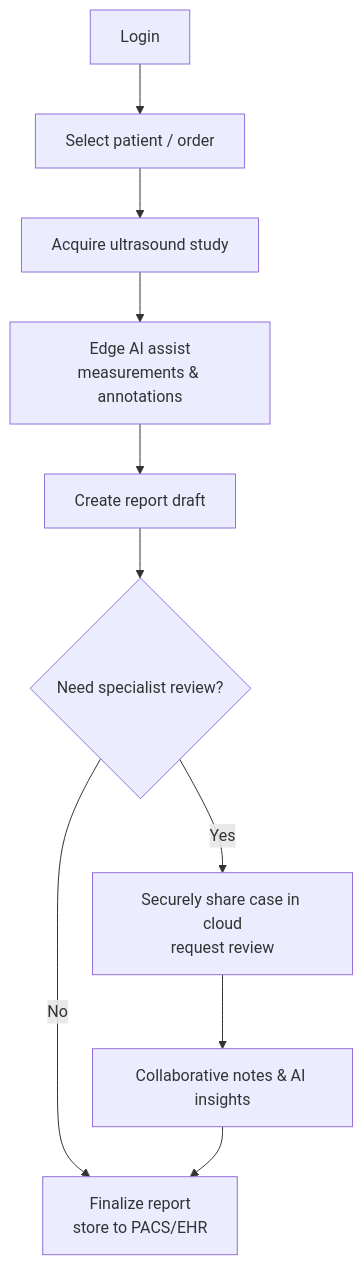
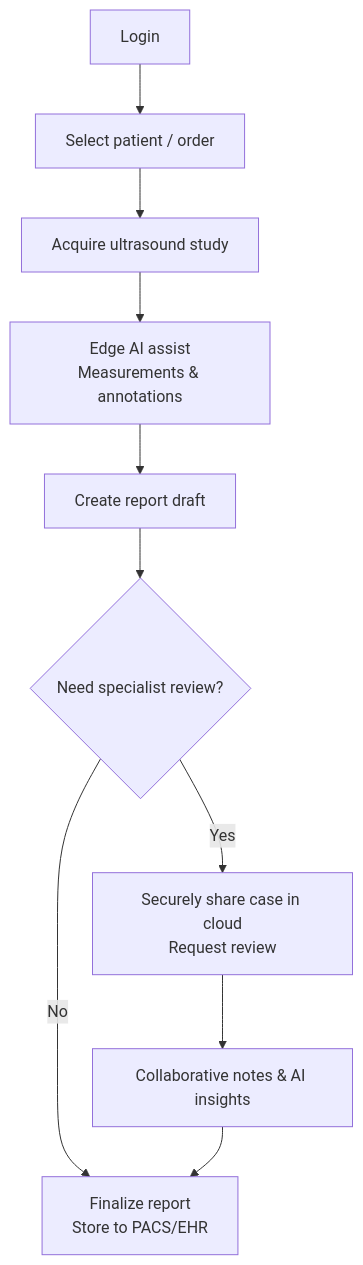
Before and after one commit to BridgingKnowledge/Medibridge-Ultrasound-Suite: the fourth of 4 diagrams in README.md, drawn with Mermaid. The commit also changed other lines of this file, not shown here.

````diff
--- a/README.md
+++ b/README.md
@@ -91,13 +100,12 @@
 ```mermaid
 flowchart TD
     A[Login] --> B[Select patient / order]
     B --> C[Acquire ultrasound study]
-    C --> D[Edge AI assist\nmeasurements & annotations]
+    C --> D[Edge AI assist<br>Measurements & annotations]
     D --> E[Create report draft]
     E --> F{Need specialist review?}
-    F -- Yes --> G[Securely share case in cloud\nrequest review]
-    F -- No --> H[Finalize report\nstore to PACS/EHR]
+    F -- Yes --> G[Securely share case in cloud<br>Request review]
+    F -- No --> H[Finalize report<br>Store to PACS/EHR]
     G --> I[Collaborative notes & AI insights]
     I --> H
-
 ```
````
